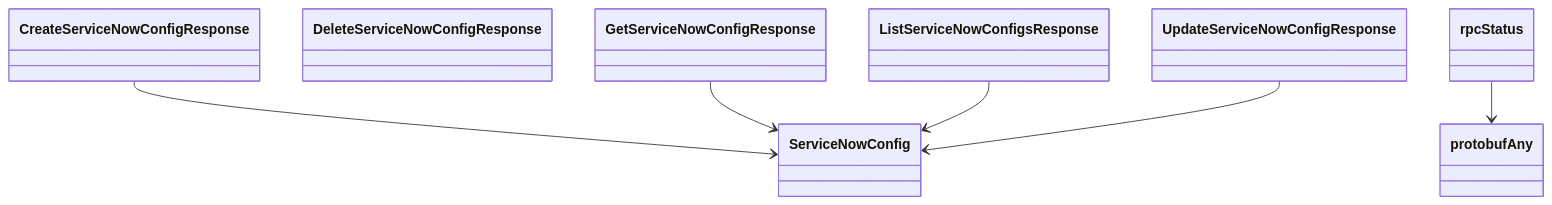
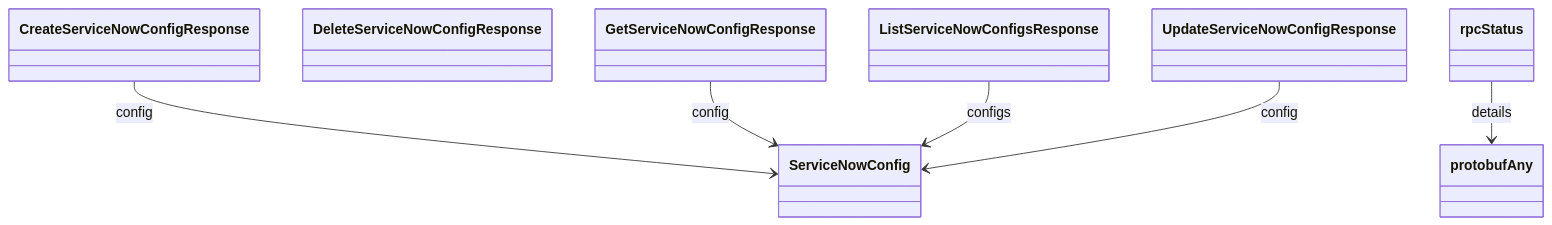
One commit to alexdearaujo/community_sdk_python changed diagram 12 of 12 in docs/sphinx/services/kmeta.md. Above: the diagram before and after it, drawn with Mermaid. The commit also changed other lines of this file and 129 other files, not shown here.

````diff
--- a/docs/sphinx/services/kmeta.md
+++ b/docs/sphinx/services/kmeta.md
@@ -425,16 +446,16 @@
 ```mermaid
 classDiagram
     class CreateServiceNowConfigResponse
     class DeleteServiceNowConfigResponse
     class GetServiceNowConfigResponse
     class ListServiceNowConfigsResponse
     class ServiceNowConfig
     class UpdateServiceNowConfigResponse
     class protobufAny
     class rpcStatus
-    CreateServiceNowConfigResponse --> ServiceNowConfig
-    GetServiceNowConfigResponse --> ServiceNowConfig
-    ListServiceNowConfigsResponse --> ServiceNowConfig
-    UpdateServiceNowConfigResponse --> ServiceNowConfig
-    rpcStatus --> protobufAny
+    CreateServiceNowConfigResponse --> ServiceNowConfig : config
+    GetServiceNowConfigResponse --> ServiceNowConfig : config
+    ListServiceNowConfigsResponse --> ServiceNowConfig : configs
+    UpdateServiceNowConfigResponse --> ServiceNowConfig : config
+    rpcStatus --> protobufAny : details
 ```
````
